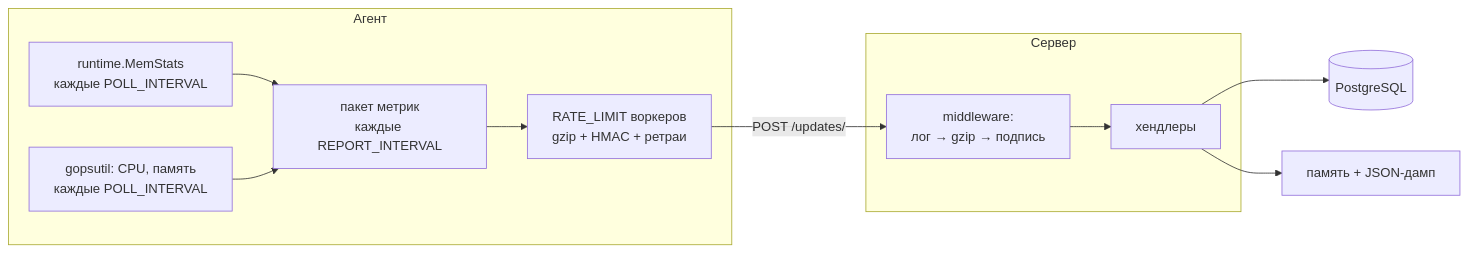
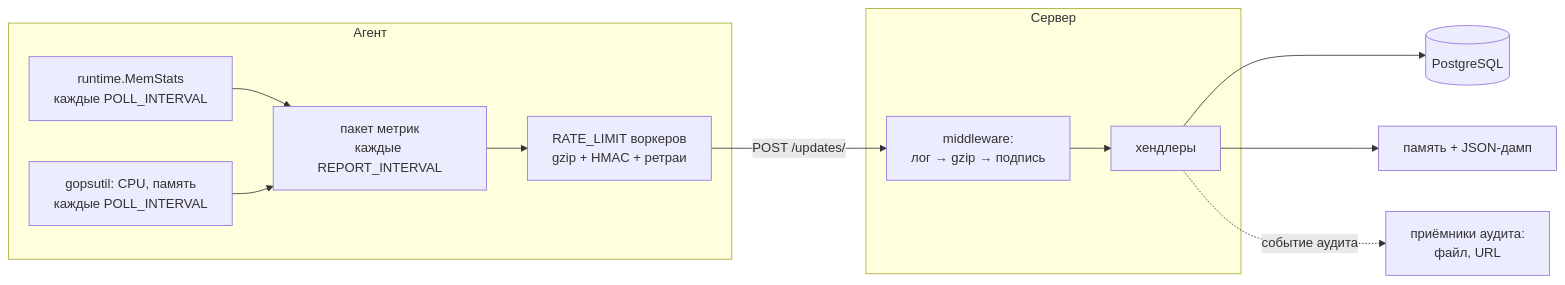
The diagram in README.md (Vortex-art-01/mertic), drawn with Mermaid before and after one commit. The commit also changed other lines of this file and 22 other files, not shown here.

````diff
--- a/README.md
+++ b/README.md
@@ -25,22 +26,23 @@
 ```mermaid
 flowchart LR
     subgraph agent["Агент"]
         rt["runtime.MemStats<br/>каждые POLL_INTERVAL"]
         sys["gopsutil: CPU, память<br/>каждые POLL_INTERVAL"]
         rep["пакет метрик<br/>каждые REPORT_INTERVAL"]
         workers["RATE_LIMIT воркеров<br/>gzip + HMAC + ретраи"]
         rt --> rep
         sys --> rep
         rep --> workers
     end
 
     subgraph server["Сервер"]
         mw["middleware:<br/>лог → gzip → подпись"]
         h["хендлеры"]
         mw --> h
     end
 
     workers -- "POST /updates/" --> mw
     h --> pg[("PostgreSQL")]
     h --> mem["память + JSON-дамп"]
+    h -.->|"событие аудита"| sinks["приёмники аудита:<br/>файл, URL"]
 ```
````
